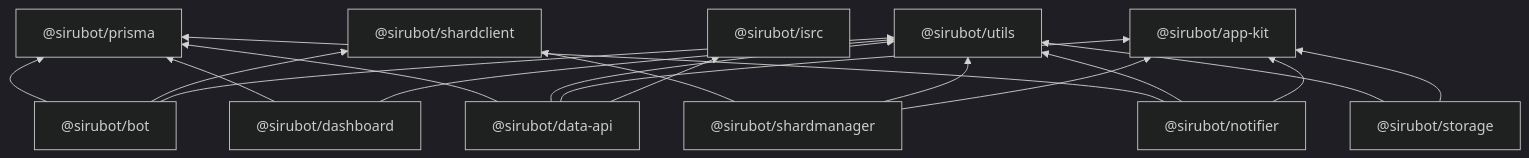
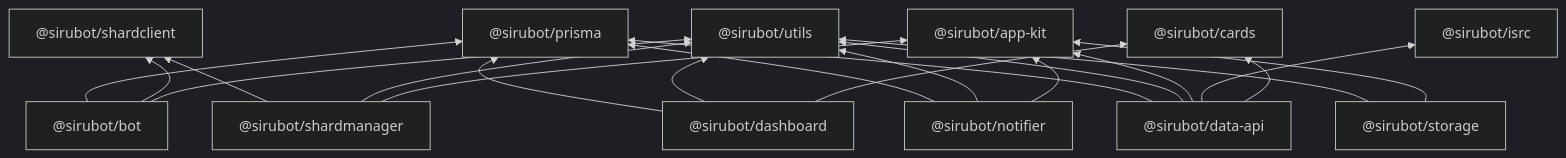
One commit to mochilabs/SiruBOT changed the second of 10 diagrams in docs/architecture.md. Above: the diagram before and after it, drawn with Mermaid (dark theme). The commit also changed other lines of this file and 36 other files, not shown here.

First line of the commit message:
feat(data-api): 인사 카드를 satori로 전환하고 @sirubot/cards 패키지 추가

````diff
--- a/docs/architecture.md
+++ b/docs/architecture.md
@@ -117,32 +118,35 @@
 ```mermaid
 graph BT
     prisma["@sirubot/prisma"]
     sc["@sirubot/shardclient"]
     utils["@sirubot/utils"]
     ak["@sirubot/app-kit"]
     isrc["@sirubot/isrc"]
+    cards["@sirubot/cards"]
     bot["@sirubot/bot"]
     da["@sirubot/data-api"]
     dash["@sirubot/dashboard"]
     sm["@sirubot/shardmanager"]
     storage["@sirubot/storage"]
     notifier["@sirubot/notifier"]
 
     bot --> prisma
     bot --> sc
     bot --> utils
     da --> prisma
     da --> utils
     da --> ak
     da --> isrc
+    da --> cards
     dash --> prisma
     dash --> utils
+    dash --> cards
     sm --> sc
     sm --> utils
     sm --> ak
     storage --> utils
     storage --> ak
     notifier --> prisma
     notifier --> utils
     notifier --> ak
 ```
````
